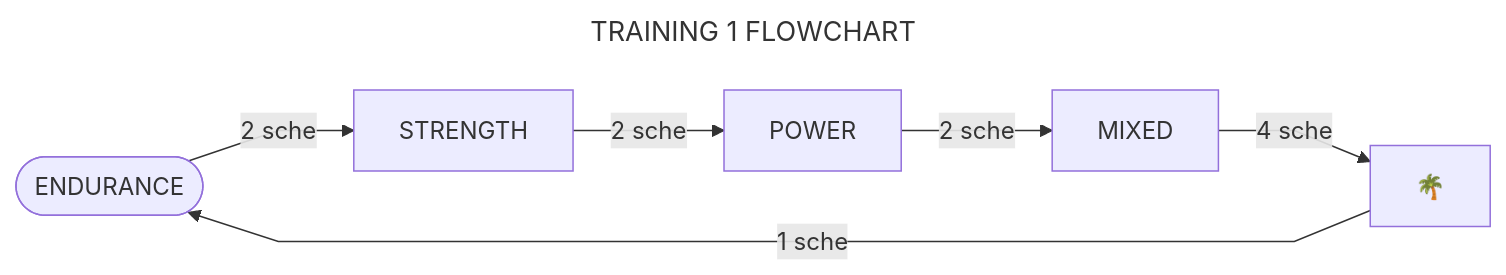
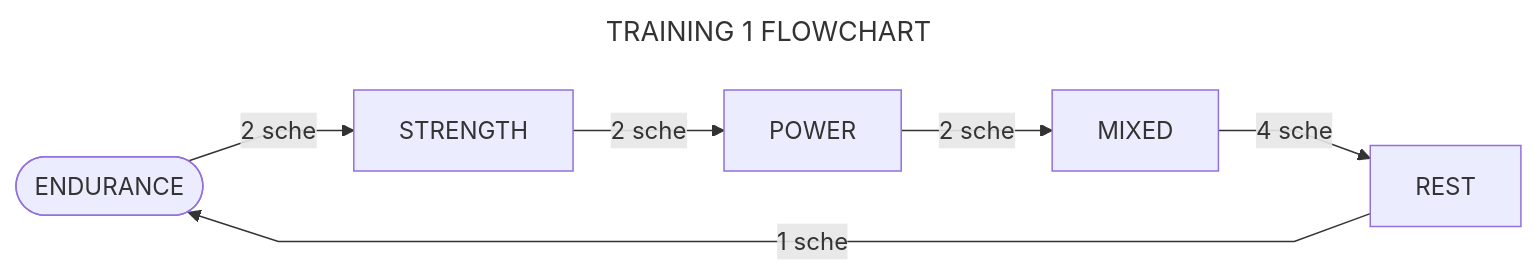
The diagram in training-1/training-1.md (andre-cat/md-training), drawn with Mermaid before and after one commit. The commit also changed other lines of this file and 13 other files, not shown here.

````diff
--- a/training-1/training-1.md
+++ b/training-1/training-1.md
@@ -11,28 +11,28 @@
 ```mermaid
 ---
 title: TRAINING 1 FLOWCHART
 ---
 
 %%{
     init: {
         "fontFamily": "lucida console",
         "flowchart": {
             "htmlLabels": true,
             "curve": "linear"
         }
     }
 }%%
 
 flowchart LR
     A([ENDURANCE])
     B[STRENGTH]
     C[POWER]
     D[MIXED]
-    E["#127796;"]
+    E[REST]
 
     A --2 sche--> B
     B --2 sche--> C
     C --2 sche--> D
     D --4 sche--> E
     E --1 sche--> A
 ```
````
